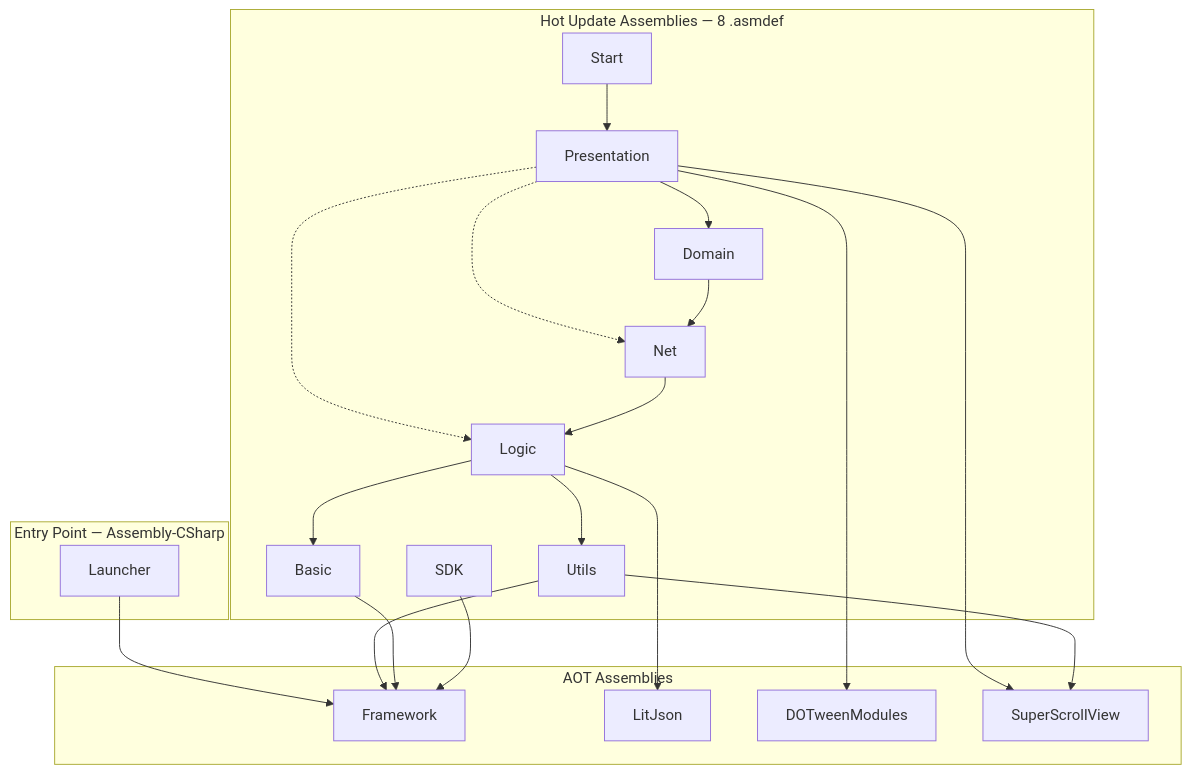
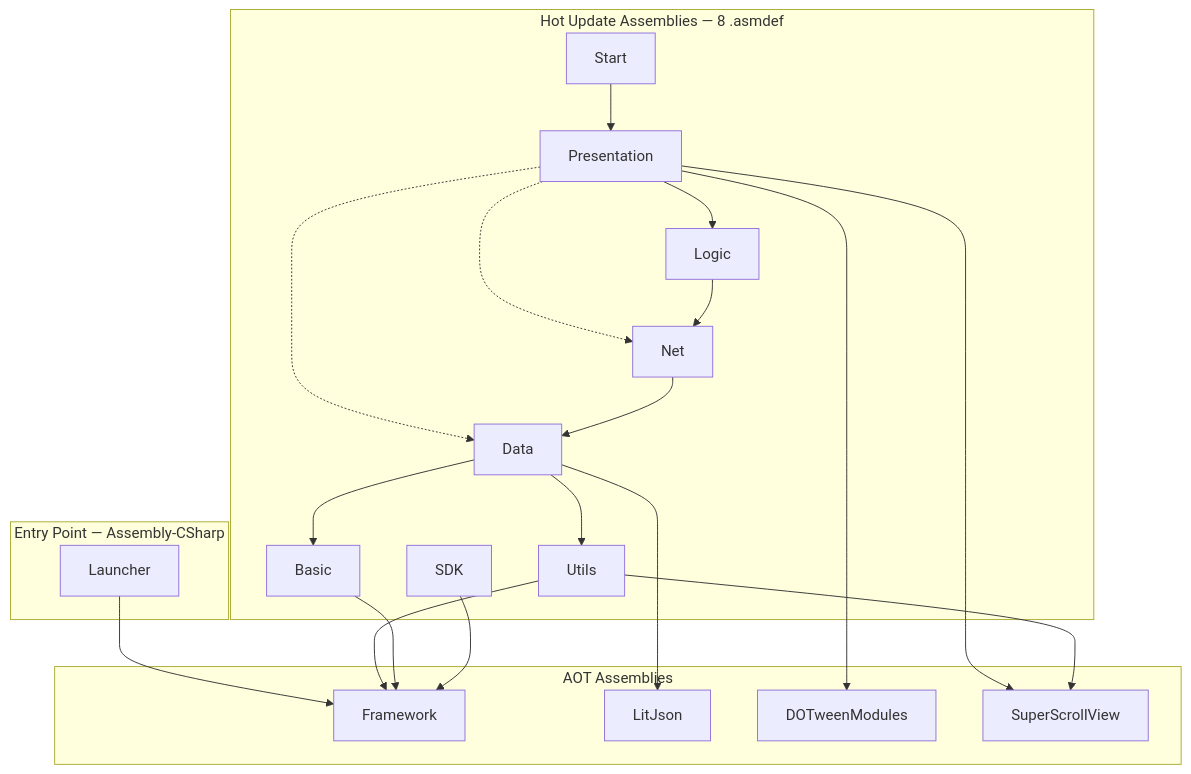
The first of 6 diagrams in Documents/Architecture/客户端分层架构.md (zlex001/LOA-Client), drawn with Mermaid before and after one commit. The commit also changed other lines of this file and 54 other files, not shown here.

````diff
--- a/Documents/Architecture/客户端分层架构.md
+++ b/Documents/Architecture/客户端分层架构.md
@@ -4,42 +4,42 @@
 ```mermaid
 graph TB
     subgraph entry ["Entry Point — Assembly-CSharp"]
         Launcher[Launcher]
     end
 
     subgraph hotUpdate ["Hot Update Assemblies — 8 .asmdef"]
         Start[Start]
         Presentation[Presentation]
-        Domain[Domain]
+        Logic[Logic]
         Net[Net]
-        Logic[Logic]
+        Data[Data]
         Utils[Utils]
         Basic[Basic]
         SDK[SDK]
     end
 
     subgraph aot ["AOT Assemblies"]
         Framework[Framework]
         LitJson[LitJson]
         DOTweenModules[DOTweenModules]
         SuperScrollView[SuperScrollView]
     end
 
     Launcher --> Framework
 
     Start --> Presentation
-    Presentation --> Domain
-    Presentation -.-> Logic
+    Presentation --> Logic
+    Presentation -.-> Data
     Presentation -.-> Net
     Presentation --> DOTweenModules
     Presentation --> SuperScrollView
-    Domain --> Net
-    Net --> Logic
-    Logic --> Utils
-    Logic --> Basic
-    Logic --> LitJson
+    Logic --> Net
+    Net --> Data
+    Data --> Utils
+    Data --> Basic
+    Data --> LitJson
     Utils --> Framework
     Utils --> SuperScrollView
     Basic --> Framework
     SDK --> Framework
 ```
````
